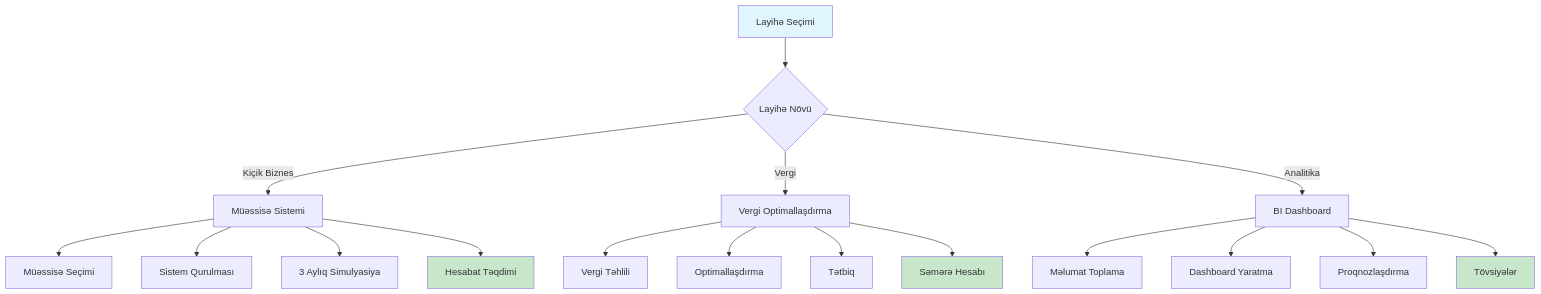
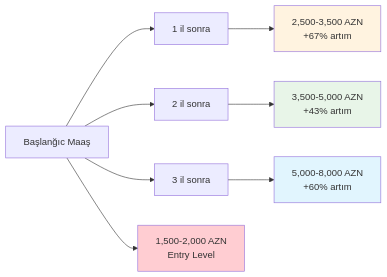
One commit to nes10r/D-A-e-m-hasibatl-q-f-nni changed the fourth of 4 diagrams in README.md. Above: the diagram before and after it, drawn with Mermaid. The commit also changed other lines of this file and 5 other files, not shown here.

````diff
--- a/README.md
+++ b/README.md
@@ -229,28 +219,16 @@
 ```mermaid
-flowchart TD
-    A[Layihə Seçimi] --> B{Layihə Növü}
+graph LR
+    A[Başlanğıc Maaş] --> B[1 il sonra]
+    A --> C[2 il sonra]
+    A --> D[3 il sonra]
     
-    B -->|Kiçik Biznes| C[Müəssisə Sistemi]
-    B -->|Vergi| D[Vergi Optimallaşdırma]
-    B -->|Analitika| E[BI Dashboard]
+    A --> A1[1,500-2,000 AZN<br/>Entry Level]
+    B --> B1[2,500-3,500 AZN<br/>+67% artım]
+    C --> C1[3,500-5,000 AZN<br/>+43% artım]
+    D --> D1[5,000-8,000 AZN<br/>+60% artım]
     
-    C --> C1[Müəssisə Seçimi]
-    C --> C2[Sistem Qurulması]
-    C --> C3[3 Aylıq Simulyasiya]
-    C --> C4[Hesabat Təqdimi]
-    
-    D --> D1[Vergi Təhlili]
-    D --> D2[Optimallaşdırma]
-    D --> D3[Tətbiq]
-    D --> D4[Səmərə Hesabı]
-    
-    E --> E1[Məlumat Toplama]
-    E --> E2[Dashboard Yaratma]
-    E --> E3[Proqnozlaşdırma]
-    E --> E4[Tövsiyələr]
-    
-    style A fill:#e1f5fe
-    style C4 fill:#c8e6c9
-    style D4 fill:#c8e6c9
-    style E4 fill:#c8e6c9
+    style A1 fill:#ffcdd2
+    style B1 fill:#fff3e0
+    style C1 fill:#e8f5e8
+    style D1 fill:#e1f5fe
 ```
````
